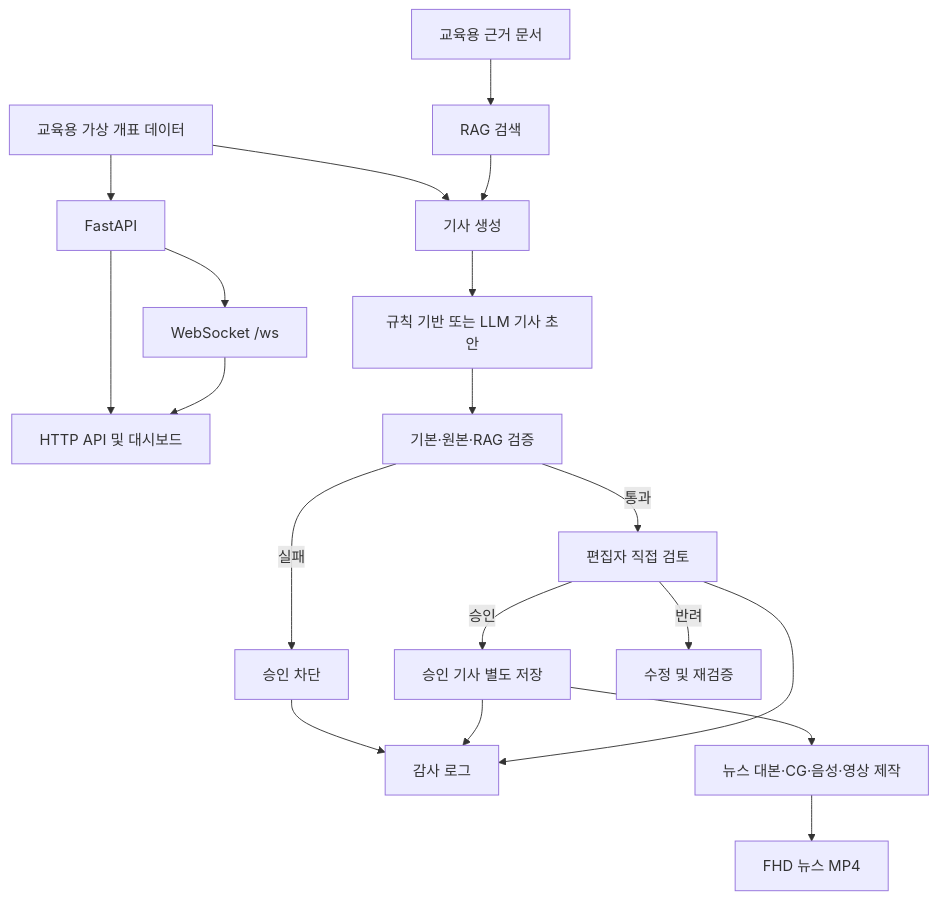
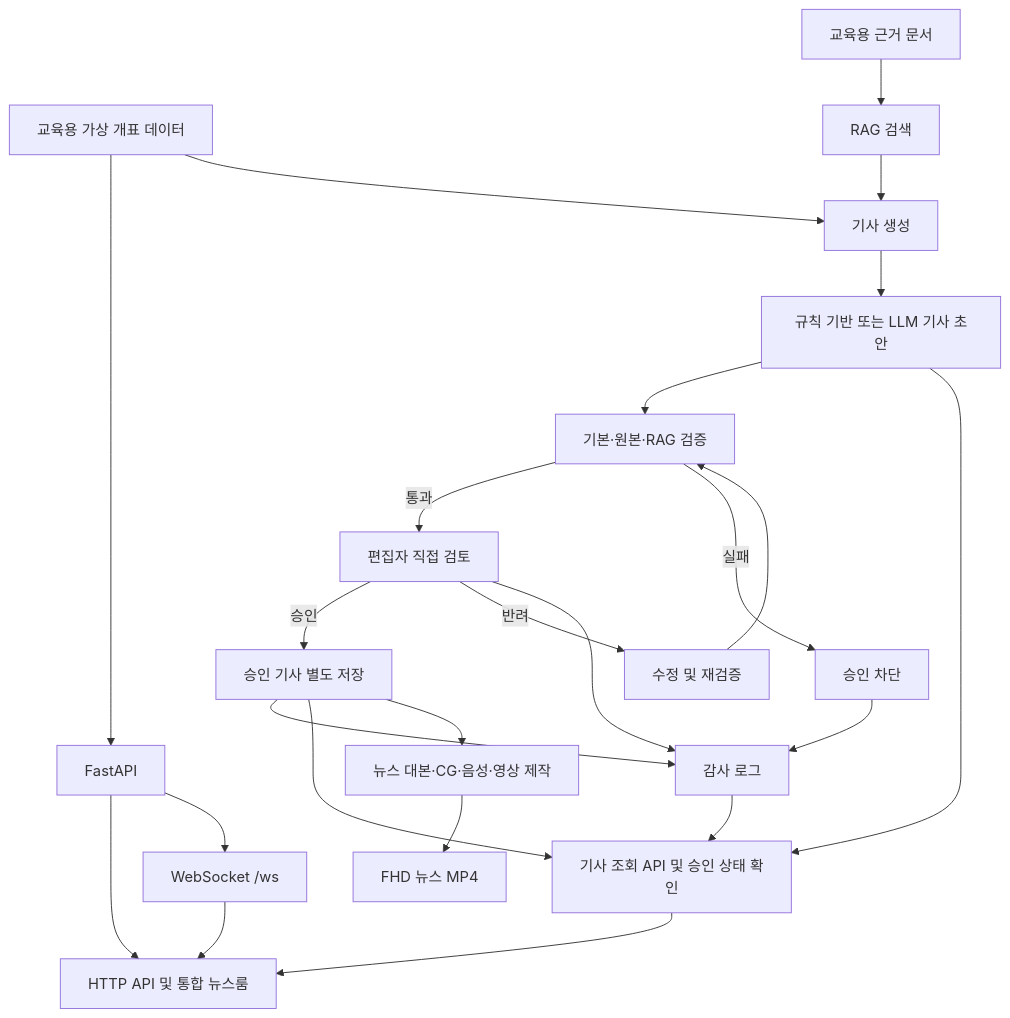
The diagram in README.md (MBC-AIJ-Team/AIJ-P1), drawn with Mermaid before and after one commit. The commit also changed other lines of this file and 8 other files, not shown here.

````diff
--- a/README.md
+++ b/README.md
@@ -88,21 +121,26 @@
 ```mermaid
 flowchart TD
     A[교육용 가상 개표 데이터] --> B[FastAPI]
-    B --> C[HTTP API 및 대시보드]
+    B --> C[HTTP API 및 통합 뉴스룸]
     B --> D[WebSocket /ws]
     D --> C
     A --> E[기사 생성]
     F[교육용 근거 문서] --> G[RAG 검색]
     G --> E
     E --> H[규칙 기반 또는 LLM 기사 초안]
     H --> I[기본·원본·RAG 검증]
     I -->|통과| J[편집자 직접 검토]
     I -->|실패| K[승인 차단]
     J -->|승인| L[승인 기사 별도 저장]
     J -->|반려| M[수정 및 재검증]
+    M --> I
     K --> N[감사 로그]
     L --> N
     J --> N
+    L --> Q[기사 조회 API 및 승인 상태 확인]
+    H --> Q
+    N --> Q
+    Q --> C
     L --> O[뉴스 대본·CG·음성·영상 제작]
     O --> P[FHD 뉴스 MP4]
 ```
````
